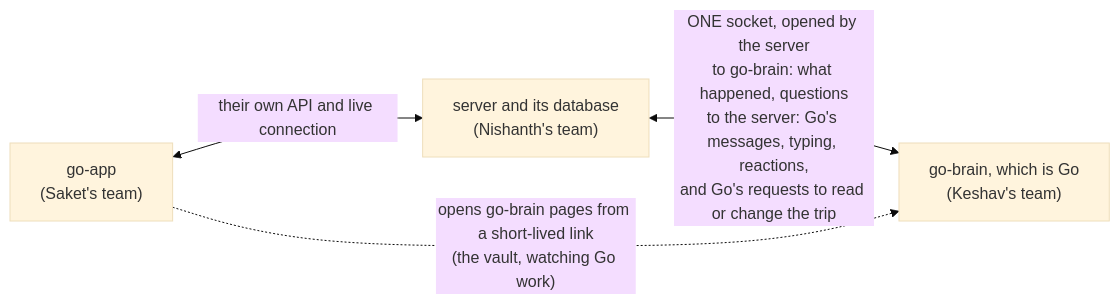
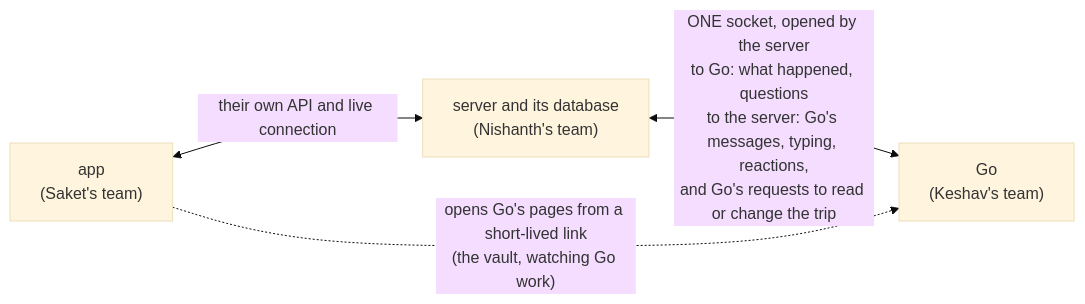
Before and after one commit to vestra-ai/go-brain: the diagram in docs/guide/README.md, drawn with Mermaid (base theme). The commit also changed other lines of this file and 37 other files, not shown here.

First line of the commit message:
docs: the three parts are the app, the server and Go; inside Go

````diff
--- a/docs/guide/README.md
+++ b/docs/guide/README.md
@@ -23,6 +34,6 @@
 ```mermaid
 flowchart LR
-  app["go-app<br/>(Saket's team)"] <-- "their own API and live connection" --> server["server and its database<br/>(Nishanth's team)"]
-  server <-- "ONE socket, opened by the server<br/>to go-brain: what happened, questions<br/>to the server: Go's messages, typing, reactions,<br/>and Go's requests to read or change the trip" --> brain["go-brain, which is Go<br/>(Keshav's team)"]
-  app -. "opens go-brain pages from a short-lived link<br/>(the vault, watching Go work)" .-> brain
+  app["app<br/>(Saket's team)"] <-- "their own API and live connection" --> server["server and its database<br/>(Nishanth's team)"]
+  server <-- "ONE socket, opened by the server<br/>to Go: what happened, questions<br/>to the server: Go's messages, typing, reactions,<br/>and Go's requests to read or change the trip" --> go["Go<br/>(Keshav's team)"]
+  app -. "opens Go's pages from a short-lived link<br/>(the vault, watching Go work)" .-> go
 ```
````
